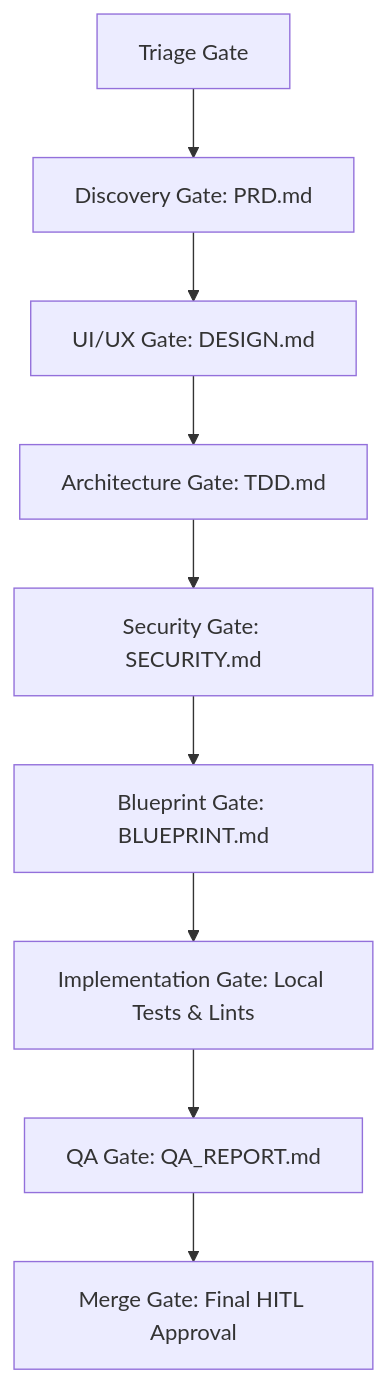
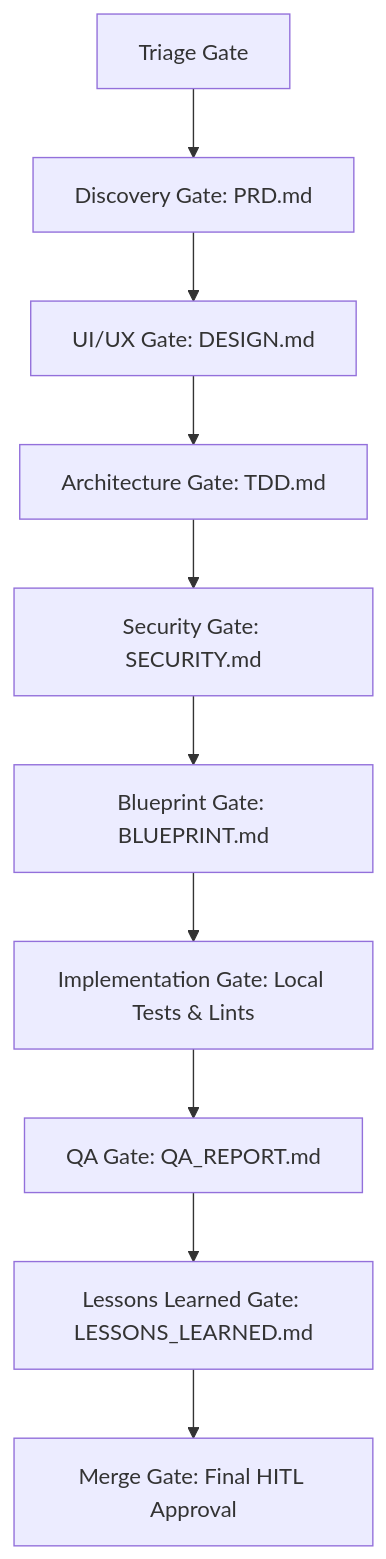
The diagram in .ai_context/quality_gates.md (assafbz/PlainSightIL), drawn with Mermaid before and after one commit. The commit also changed other lines of this file and 12 other files, not shown here.

Commit message:
feat(sdlc): integrate lessons learned skill and agent phase

````diff
--- a/.ai_context/quality_gates.md
+++ b/.ai_context/quality_gates.md
@@ -13,11 +13,12 @@
 ```mermaid
 graph TD
     Triage[Triage Gate] --> Discovery[Discovery Gate: PRD.md]
     Discovery --> UIUX[UI/UX Gate: DESIGN.md]
     UIUX --> Architecture[Architecture Gate: TDD.md]
     Architecture --> Security[Security Gate: SECURITY.md]
     Security --> Blueprint[Blueprint Gate: BLUEPRINT.md]
     Blueprint --> Implementation[Implementation Gate: Local Tests & Lints]
     Implementation --> QAValidation[QA Gate: QA_REPORT.md]
-    QAValidation --> Merge[Merge Gate: Final HITL Approval]
+    QAValidation --> LessonsLearned[Lessons Learned Gate: LESSONS_LEARNED.md]
+    LessonsLearned --> Merge[Merge Gate: Final HITL Approval]
 ```
````
